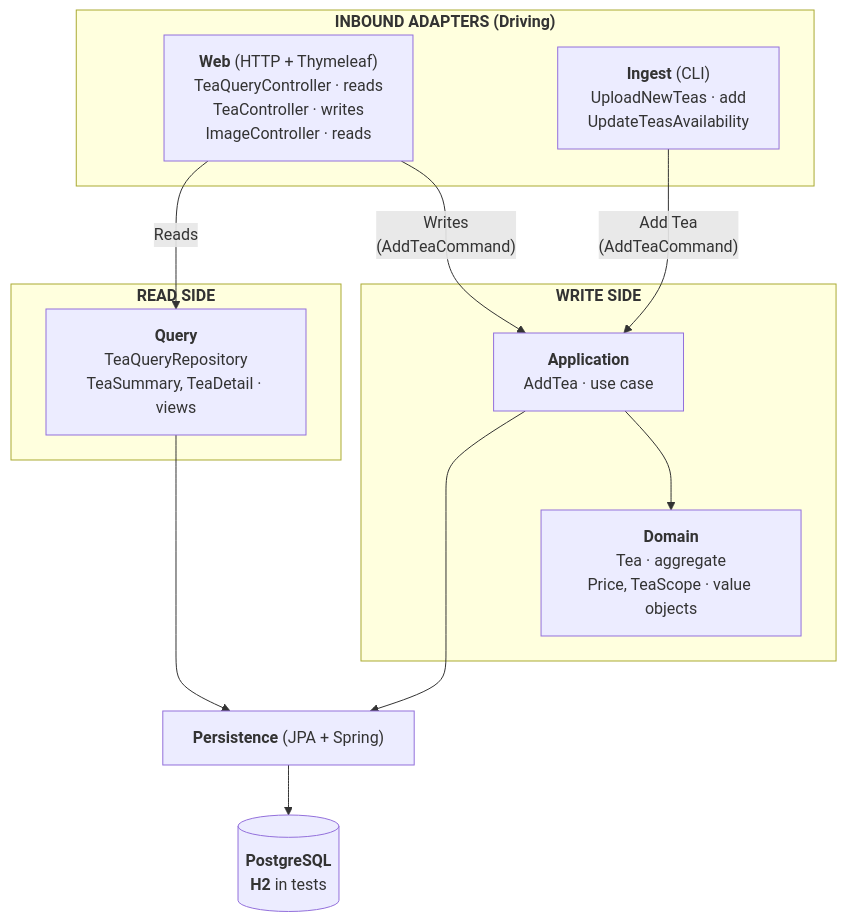
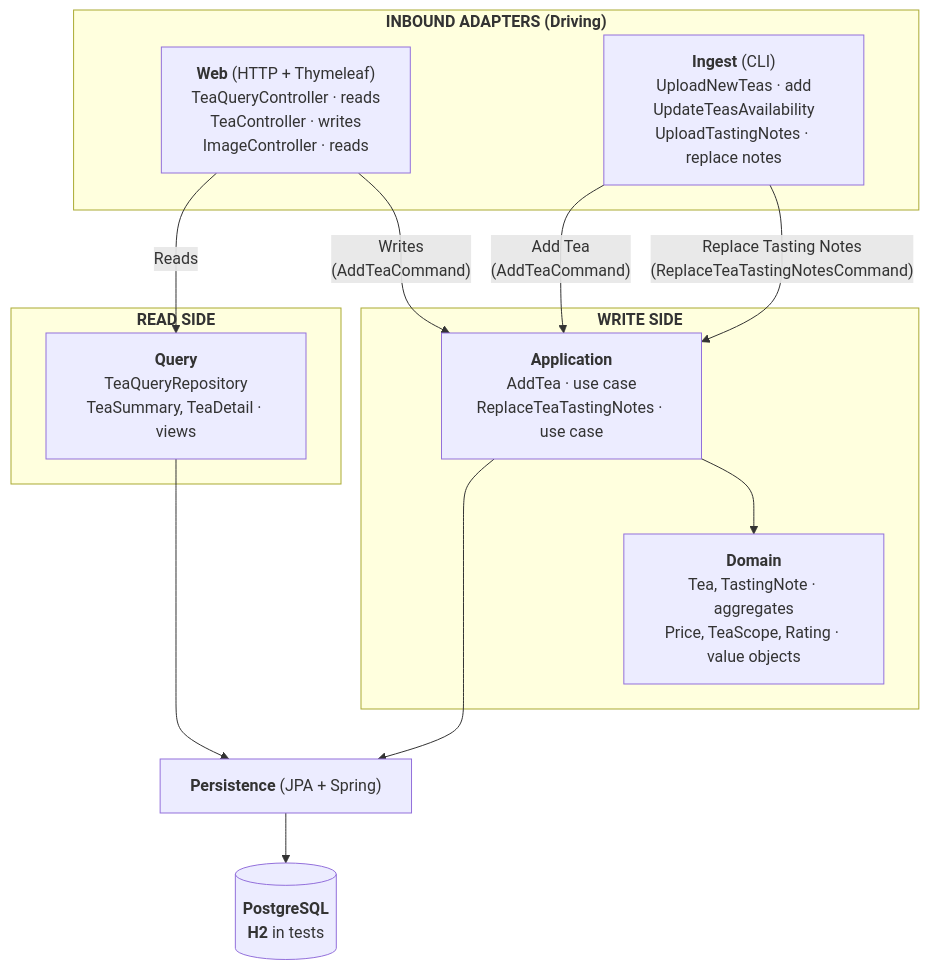
The diagram in README.md (dusan-rychnovsky/my-tea-collection), drawn with Mermaid before and after one commit. The commit also changed other lines of this file and 24 other files, not shown here.

````diff
--- a/README.md
+++ b/README.md
@@ -30,27 +30,28 @@
 ```mermaid
 flowchart TB
     subgraph inbound["<strong>INBOUND ADAPTERS (Driving)</strong>"]
         web["<strong>Web</strong> (HTTP + Thymeleaf)<br/>TeaQueryController · reads<br/>TeaController · writes<br/>ImageController · reads"]
-        ingest["<strong>Ingest</strong> (CLI)<br/>UploadNewTeas · add<br/>UpdateTeasAvailability"]
+        ingest["<strong>Ingest</strong> (CLI)<br/>UploadNewTeas · add<br/>UpdateTeasAvailability<br/>UploadTastingNotes · replace notes"]
     end
 
     subgraph writeside["<strong>WRITE SIDE</strong>"]
-        application["<strong>Application</strong><br/>AddTea · use case"]
-        domain["<strong>Domain</strong><br/>Tea · aggregate<br/>Price, TeaScope · value objects"]
+        application["<strong>Application</strong><br/>AddTea · use case<br/>ReplaceTeaTastingNotes · use case"]
+        domain["<strong>Domain</strong><br/>Tea, TastingNote · aggregates<br/>Price, TeaScope, Rating · value objects"]
     end
 
     subgraph readside["<strong>READ SIDE</strong>"]
         query["<strong>Query</strong><br/>TeaQueryRepository<br/>TeaSummary, TeaDetail · views"]
     end
 
     persistence["<strong>Persistence</strong> (JPA + Spring)"]
     db[("<strong>PostgreSQL</strong><br/><strong>H2</strong> in tests")]
 
     web -->|"Writes<br/>(AddTeaCommand)"| application
     web -->|Reads| query
+    ingest -->|"Replace Tasting Notes<br/>(ReplaceTeaTastingNotesCommand)"| application
     ingest -->|"Add Tea<br/>(AddTeaCommand)"| application
     application --> domain
     application --> persistence
     query ---> persistence
     persistence --> db
 ```
````
